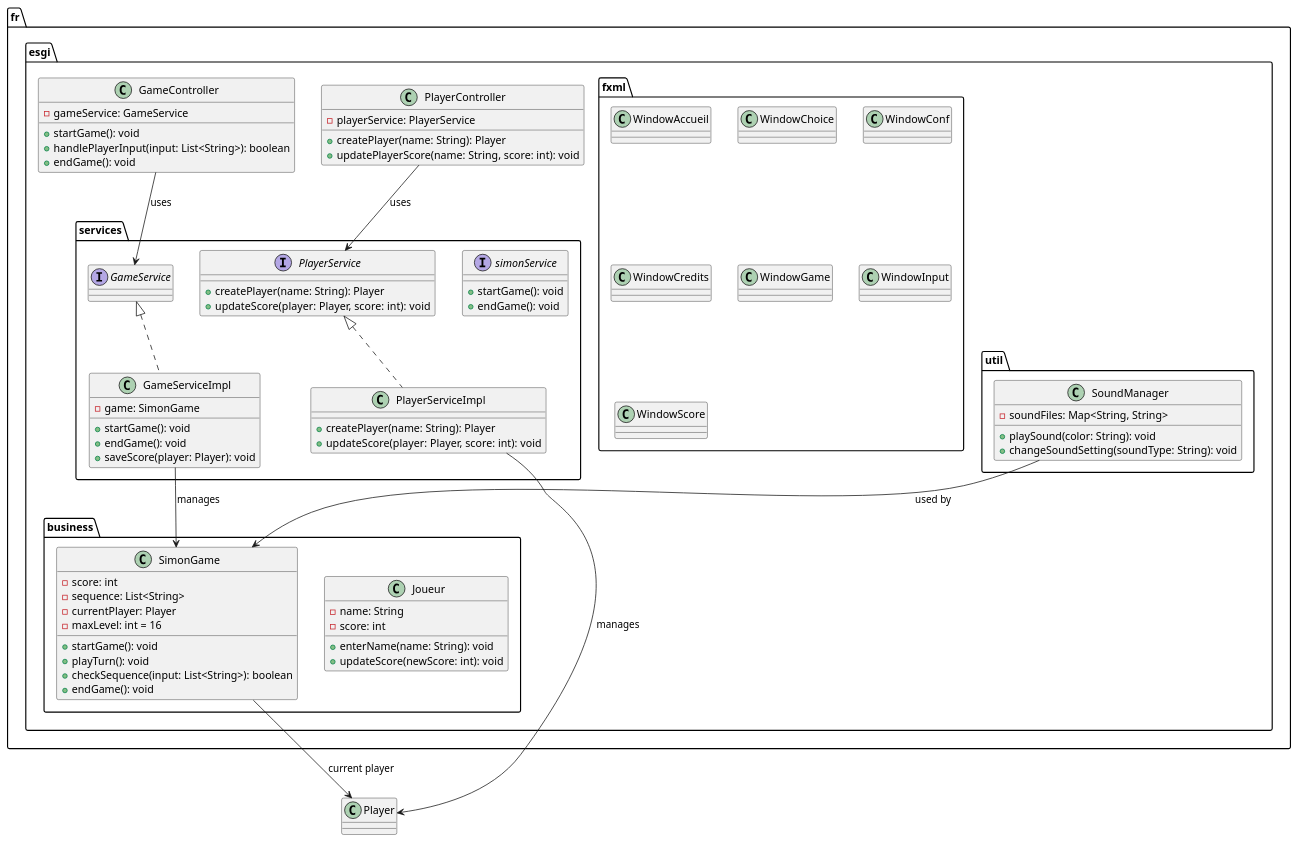
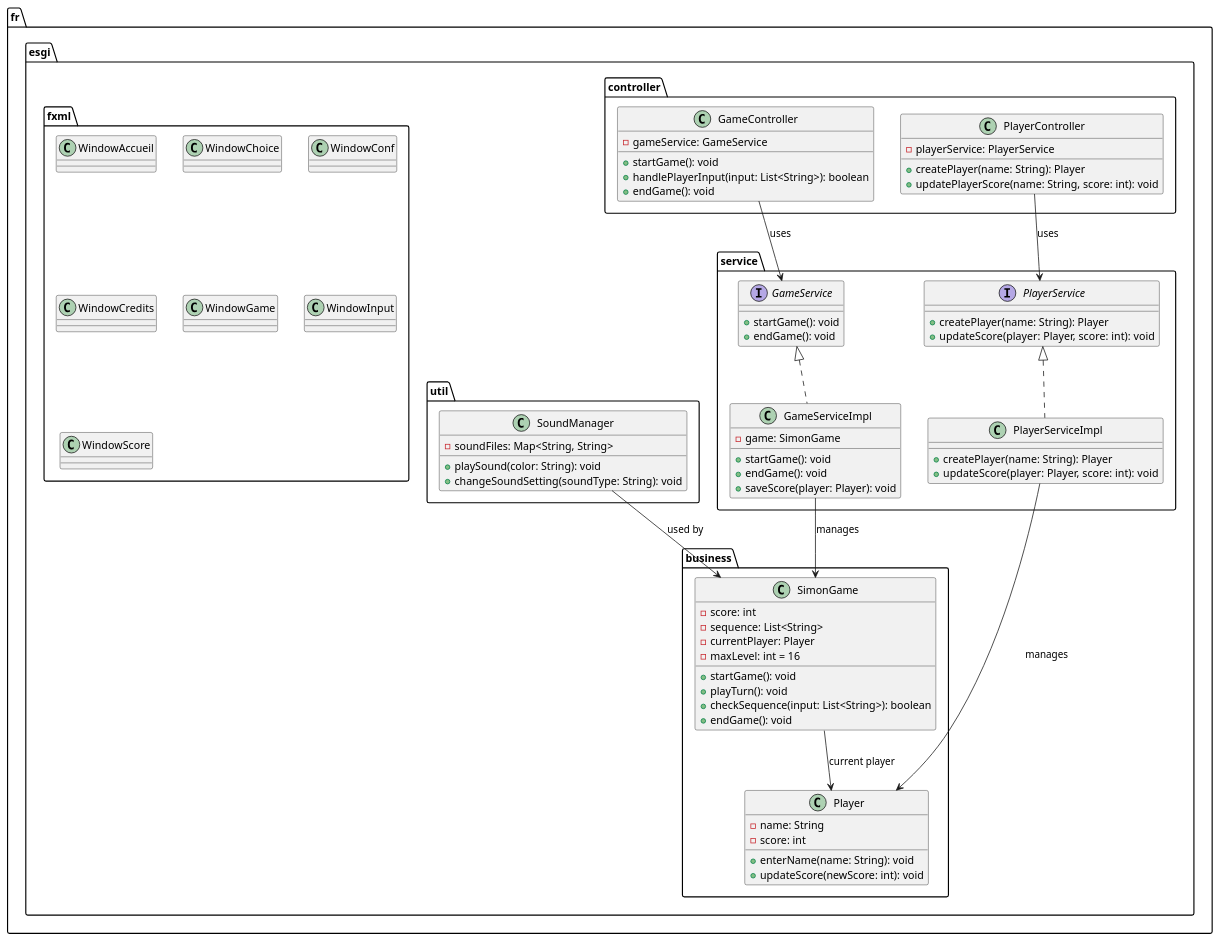
One commit to Crtmetton/simon changed the diagram in src/main/resources/uml/simon.puml. Above: the diagram before and after it, drawn with PlantUML. The commit also changed 7 other files, not shown here.

```diff
--- a/src/main/resources/uml/simon.puml
+++ b/src/main/resources/uml/simon.puml
@@ -1,87 +1,102 @@
 @startuml
 
+' Package contenant la logique principale du jeu et des joueurs
 package fr.esgi.business {
-  class Joueur {
+  ' Classe qui gère les informations du joueur
+  class Player {
     - name: String
     - score: int
     + enterName(name: String): void
     + updateScore(newScore: int): void
   }
 
+  ' Classe qui gère le jeu Simon, incluant les scores et la séquence de jeu
   class SimonGame {
     - score: int
     - sequence: List<String>
     - currentPlayer: Player
     - maxLevel: int = 16
     + startGame(): void
     + playTurn(): void
     + checkSequence(input: List<String>): boolean
     + endGame(): void
   }
 }
 
-package fr.esgi.services {
-  interface simonService {
+' Package contenant les services pour la gestion du jeu et des joueurs
+package fr.esgi.service {
+  ' Interface définissant les services pour gérer le jeu
+  interface GameService {
     + startGame(): void
     + endGame(): void
   }
 
+  ' Implémentation du service de gestion du jeu
   class GameServiceImpl implements GameService {
     - game: SimonGame
     + startGame(): void
     + endGame(): void
     + saveScore(player: Player): void
   }
 
+  ' Interface définissant les services pour gérer les joueurs
   interface PlayerService {
     + createPlayer(name: String): Player
     + updateScore(player: Player, score: int): void
   }
 
+  ' Implémentation du service de gestion des joueurs
   class PlayerServiceImpl implements PlayerService {
     + createPlayer(name: String): Player
     + updateScore(player: Player, score: int): void
   }
 }
 
-package fr.esgi {
+' Package contenant les contrôleurs pour orchestrer les interactions entre la vue et les services
+package fr.esgi.controller {
+  ' Contrôleur pour gérer les interactions avec le jeu
   class GameController {
     - gameService: GameService
     + startGame(): void
     + handlePlayerInput(input: List<String>): boolean
     + endGame(): void
   }
 
+  ' Contrôleur pour gérer les interactions avec les joueurs
   class PlayerController {
     - playerService: PlayerService
     + createPlayer(name: String): Player
     + updatePlayerScore(name: String, score: int): void
   }
 }
 
+' Package contenant les utilitaires pour la gestion des sons
 package fr.esgi.util {
+  ' Classe qui gère les sons utilisés dans le jeu
   class SoundManager {
     - soundFiles: Map<String, String>
     + playSound(color: String): void
     + changeSoundSetting(soundType: String): void
   }
 }
 
+' Package contenant les fichiers FXML pour les différentes fenêtres de l'interface utilisateur
 package fr.esgi.fxml {
   class WindowAccueil {}
   class WindowChoice {}
   class WindowConf {}
   class WindowCredits {}
   class WindowGame {}
   class WindowInput {}
   class WindowScore {}
 }
 
+' Relations entre les classes
 SimonGame --> Player : current player
 GameServiceImpl --> SimonGame : manages
 PlayerServiceImpl --> Player : manages
 GameController --> GameService : uses
 PlayerController --> PlayerService : uses
 SoundManager --> SimonGame : used by
 
 @enduml
```
